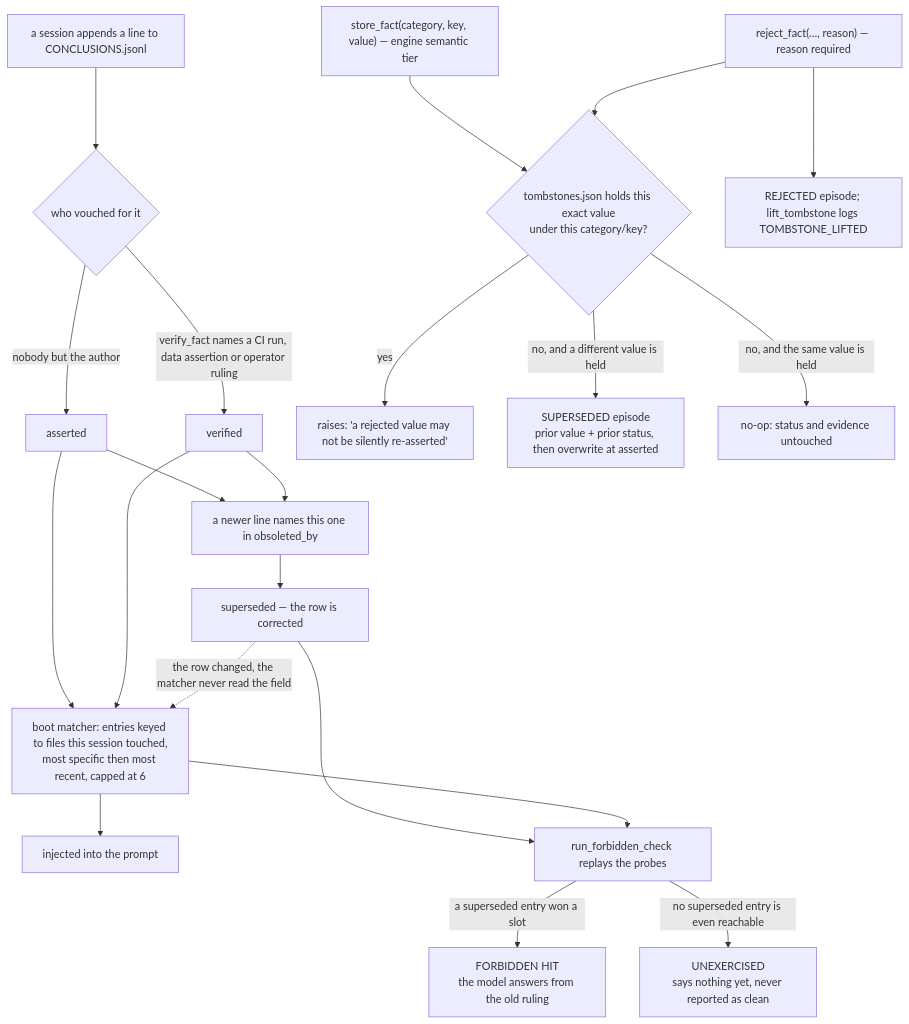
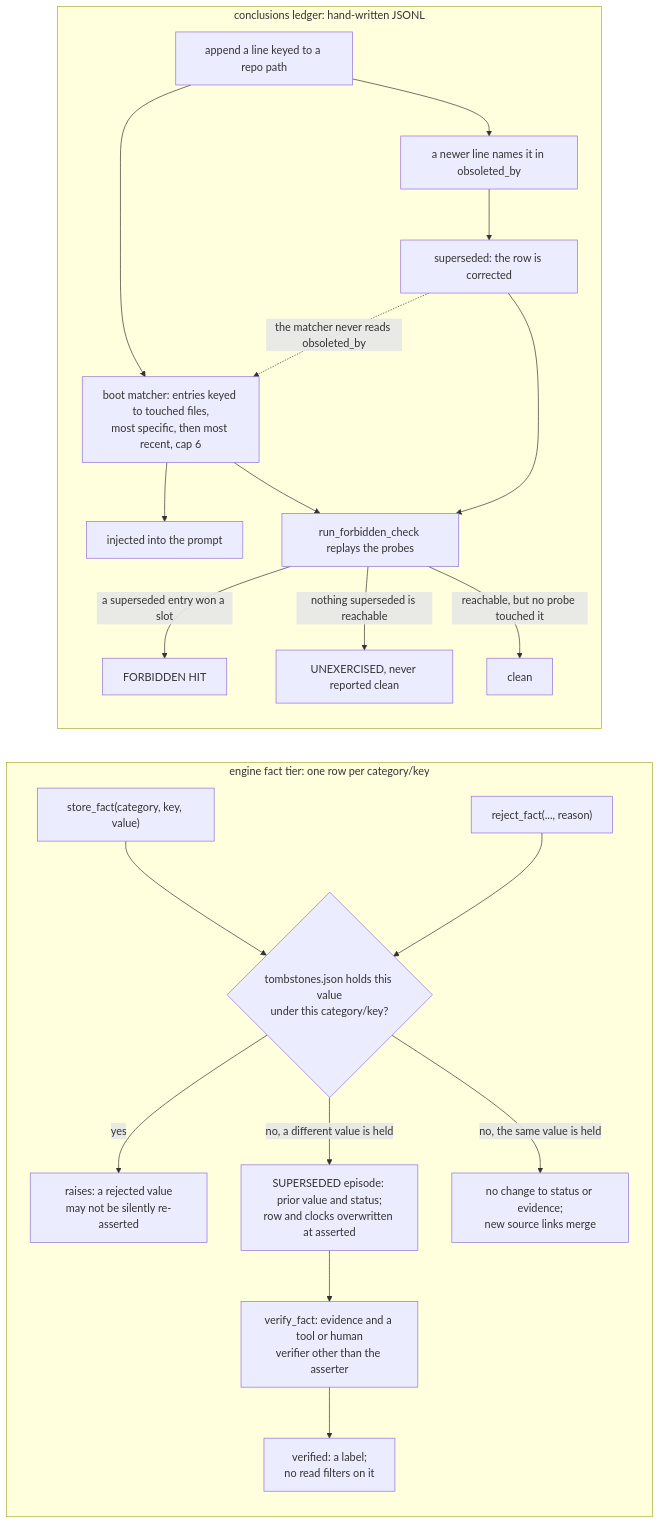
The diagram in content/systems/breadcrumbs.md (neoneye/agent-memory-atlas), drawn with Mermaid before and after one commit. The commit also changed other lines of this file and 22 other files, not shown here.

First line of the commit message:
breadcrumbs at f07fbd5: bitemporal withdrawn, a correction overwrites the row and both clocks; the desk's own tombstone was never described

````diff
--- a/content/systems/breadcrumbs.md
+++ b/content/systems/breadcrumbs.md
@@ -212,27 +222,28 @@
 ```mermaid
-%% caption: supersession corrects the row and the boot matcher never reads the field, so the forbidden-check either reports a superseded entry winning a prompt slot or reports itself unexercised — beside the semantic tier, where a tombstoned value raises rather than being re-asserted
-flowchart TB
-    W["a session appends a line to CONCLUSIONS.jsonl"] --> S{"who vouched for it"}
-    S -->|"nobody but the author"| A["asserted"]
-    S -->|"verify_fact names a CI run, data assertion or operator ruling"| V["verified"]
-    A --> O["a newer line names this one in obsoleted_by"]
-    V --> O
-    O --> R["superseded — the row is corrected"]
-
-    A --> L["boot matcher: entries keyed to files this session touched,<br/>most specific then most recent, capped at 6"]
-    V --> L
-    R -.->|"the row changed, the matcher never read the field"| L
-    L --> P["injected into the prompt"]
-
-    R --> X["run_forbidden_check replays the probes"]
-    L --> X
-    X -->|"a superseded entry won a slot"| F["FORBIDDEN HIT<br/>the model answers from the old ruling"]
-    X -->|"no superseded entry is even reachable"| U["UNEXERCISED<br/>says nothing yet, never reported as clean"]
-
-    W2["store_fact(category, key, value) — engine semantic tier"] --> T{"tombstones.json holds this exact value<br/>under this category/key?"}
-    T -->|"yes"| Z["raises: 'a rejected value may not be silently re-asserted'"]
-    T -->|"no, and a different value is held"| SU["SUPERSEDED episode<br/>prior value + prior status, then overwrite at asserted"]
-    T -->|"no, and the same value is held"| NO["no-op: status and evidence untouched"]
-    RJ["reject_fact(…, reason) — reason required"] --> T
-    RJ --> EP["REJECTED episode; lift_tombstone logs TOMBSTONE_LIFTED"]
+%% caption: in the hand-written ledger, supersession corrects the row and the boot matcher never reads the field, so the forbidden-check names a superseded entry winning a prompt slot, reports clean, or says it had nothing reachable to test; in the engine's fact tier a tombstoned value raises, a differing value overwrites the row behind a SUPERSEDED episode, and verification changes a label no read filters on
+flowchart TD
+    subgraph LEDGER["conclusions ledger: hand-written JSONL"]
+        direction TD
+        W["append a line keyed to a repo path"] --> O["a newer line names it in obsoleted_by"]
+        O --> R["superseded: the row is corrected"]
+        W --> L["boot matcher: entries keyed to touched files,<br/>most specific, then most recent, cap 6"]
+        R -.->|"the matcher never reads obsoleted_by"| L
+        L --> P["injected into the prompt"]
+        L --> X["run_forbidden_check replays the probes"]
+        R --> X
+        X -->|"a superseded entry won a slot"| F["FORBIDDEN HIT"]
+        X -->|"nothing superseded is reachable"| U["UNEXERCISED, never reported clean"]
+        X -->|"reachable, but no probe touched it"| C["clean"]
+    end
+    LEDGER ~~~ ENGINE
+    subgraph ENGINE["engine fact tier: one row per category/key"]
+        direction TD
+        W2["store_fact(category, key, value)"] --> T{"tombstones.json holds this value<br/>under this category/key?"}
+        T -->|"yes"| Z["raises: a rejected value<br/>may not be silently re-asserted"]
+        T -->|"no, a different value is held"| SU["SUPERSEDED episode: prior value and status;<br/>row and clocks overwritten at asserted"]
+        T -->|"no, the same value is held"| NO["no change to status or evidence;<br/>new source links merge"]
+        SU --> VF["verify_fact: evidence and a tool or human<br/>verifier other than the asserter"]
+        VF --> V["verified: a label;<br/>no read filters on it"]
+        RJ["reject_fact(..., reason)"] --> T
+    end
 ```
````
